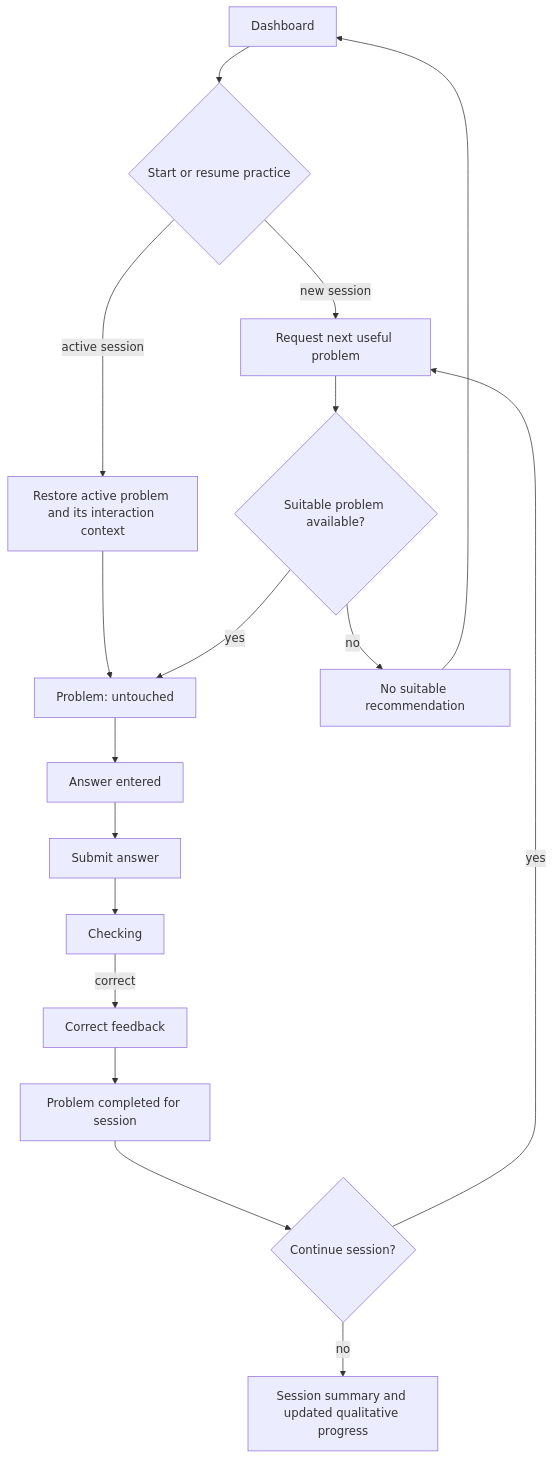
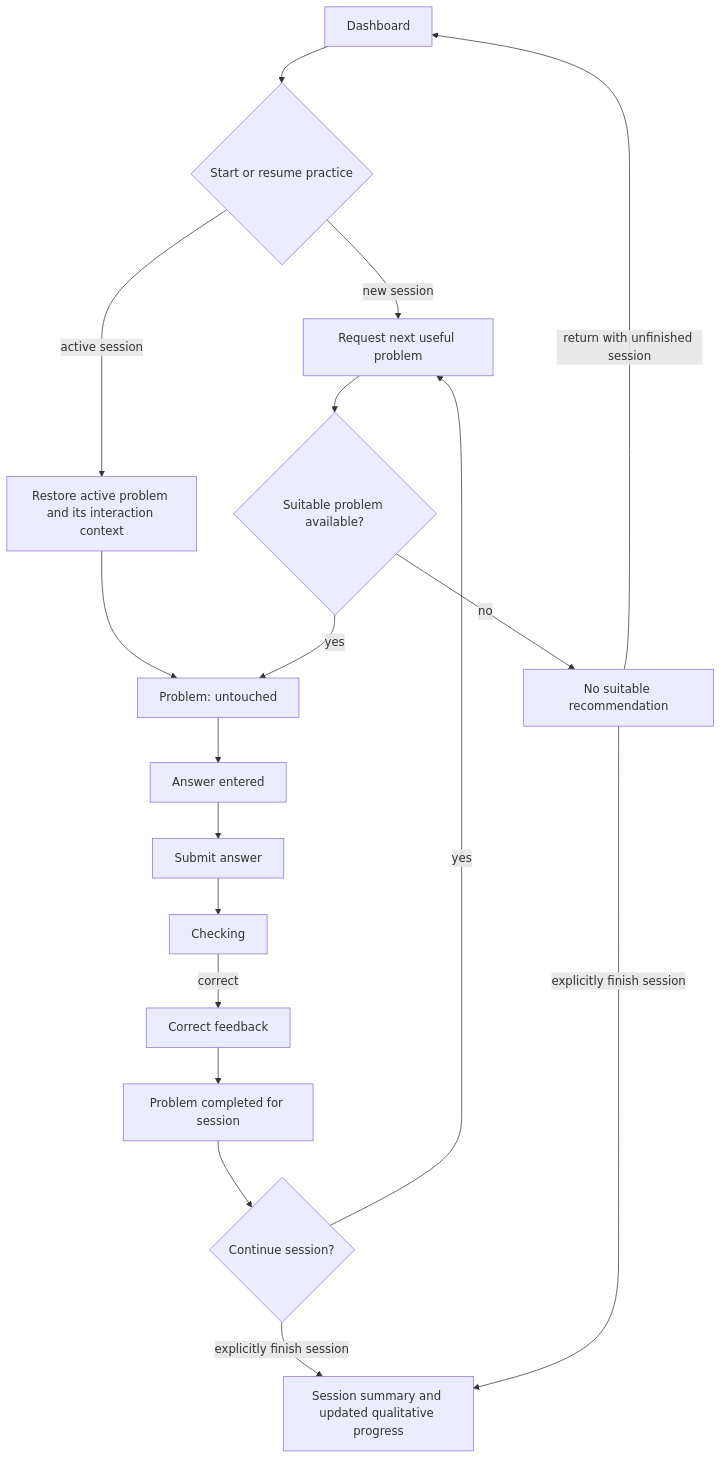
Before and after one commit to SemenKr/olympiad-trainer: the first of 2 diagrams in docs/03-ux/core-practice-flow.md, drawn with Mermaid. The commit also changed other lines of this file and 6 other files, not shown here.

````diff
--- a/docs/03-ux/core-practice-flow.md
+++ b/docs/03-ux/core-practice-flow.md
@@ -50,19 +50,20 @@
 ```mermaid
 flowchart TD
     dashboard[Dashboard] --> start{Start or resume practice}
     start -->|new session| request[Request next useful problem]
     start -->|active session| resume[Restore active problem and its interaction context]
     resume --> problem[Problem: untouched]
     request --> available{Suitable problem available?}
     available -->|yes| problem
     available -->|no| unavailable[No suitable recommendation]
     problem --> draft[Answer entered]
     draft --> submit[Submit answer]
     submit --> checking[Checking]
     checking -->|correct| correct[Correct feedback]
     correct --> completed[Problem completed for session]
     completed --> next{Continue session?}
     next -->|yes| request
-    next -->|no| summary[Session summary and updated qualitative progress]
-    unavailable --> dashboard
+    next -->|explicitly finish session| summary[Session summary and updated qualitative progress]
+    unavailable -->|return with unfinished session| dashboard
+    unavailable -->|explicitly finish session| summary
 ```
````
